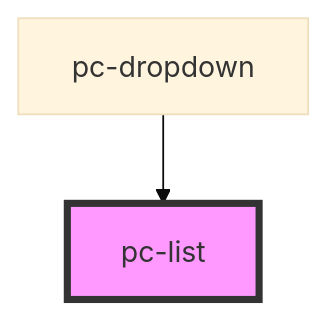
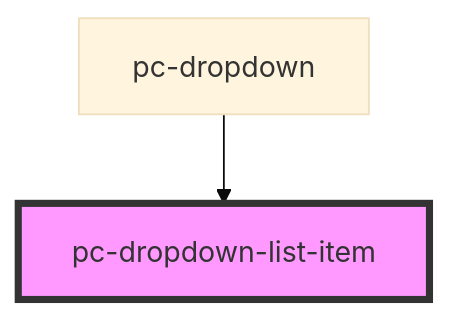
The diagram in packages/studio-components/src/components/dropdown-list-item/readme.md (bettermusic/studio), drawn with Mermaid (base theme) before and after one commit. The commit also changed 8 other files, not shown here.

````diff
--- a/packages/studio-components/src/components/dropdown-list-item/readme.md
+++ b/packages/studio-components/src/components/dropdown-list-item/readme.md
@@ -42,5 +42,5 @@
 ```mermaid
 graph TD;
-  pc-dropdown --> pc-list
-  style pc-list fill:#f9f,stroke:#333,stroke-width:4px
+  pc-dropdown --> pc-dropdown-list-item
+  style pc-dropdown-list-item fill:#f9f,stroke:#333,stroke-width:4px
 ```
````
